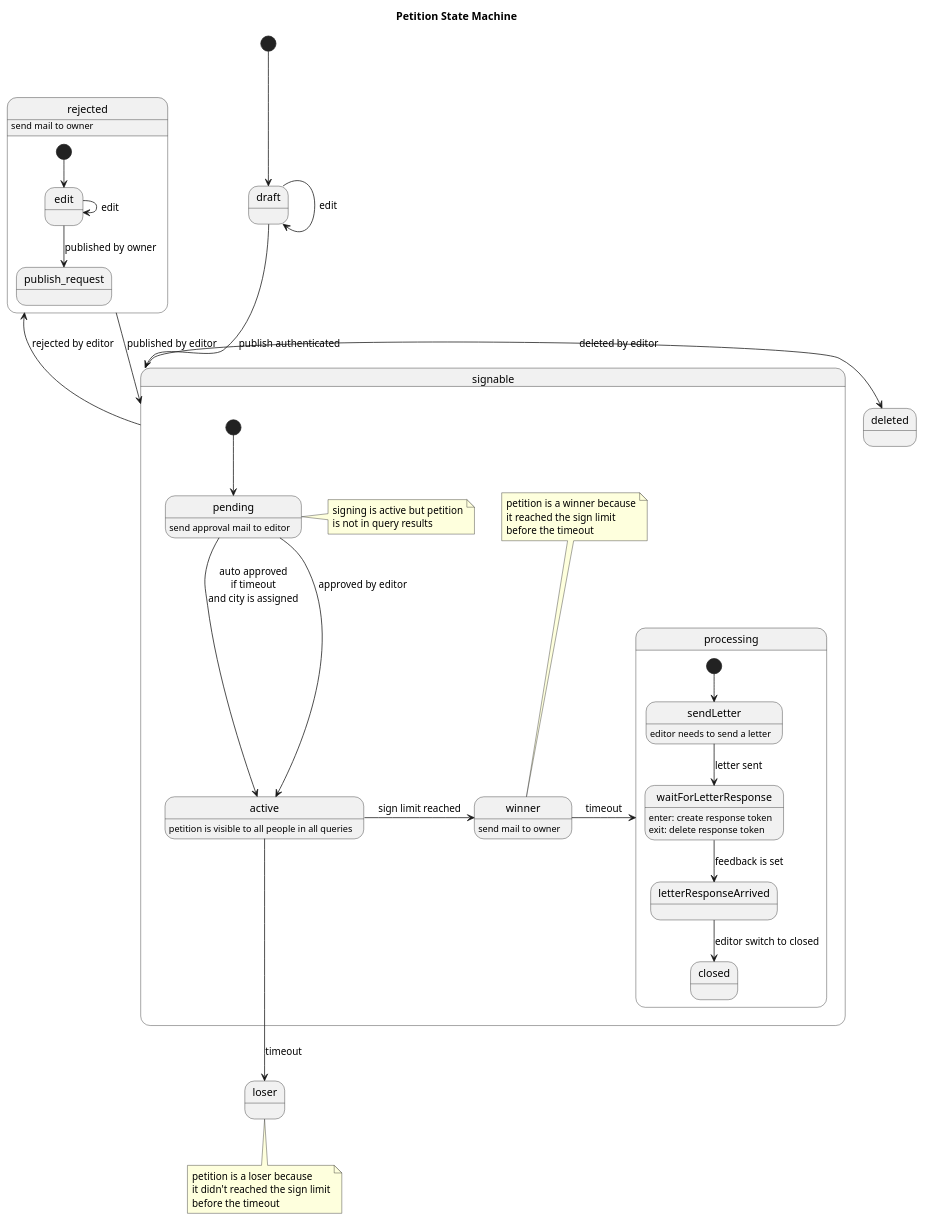
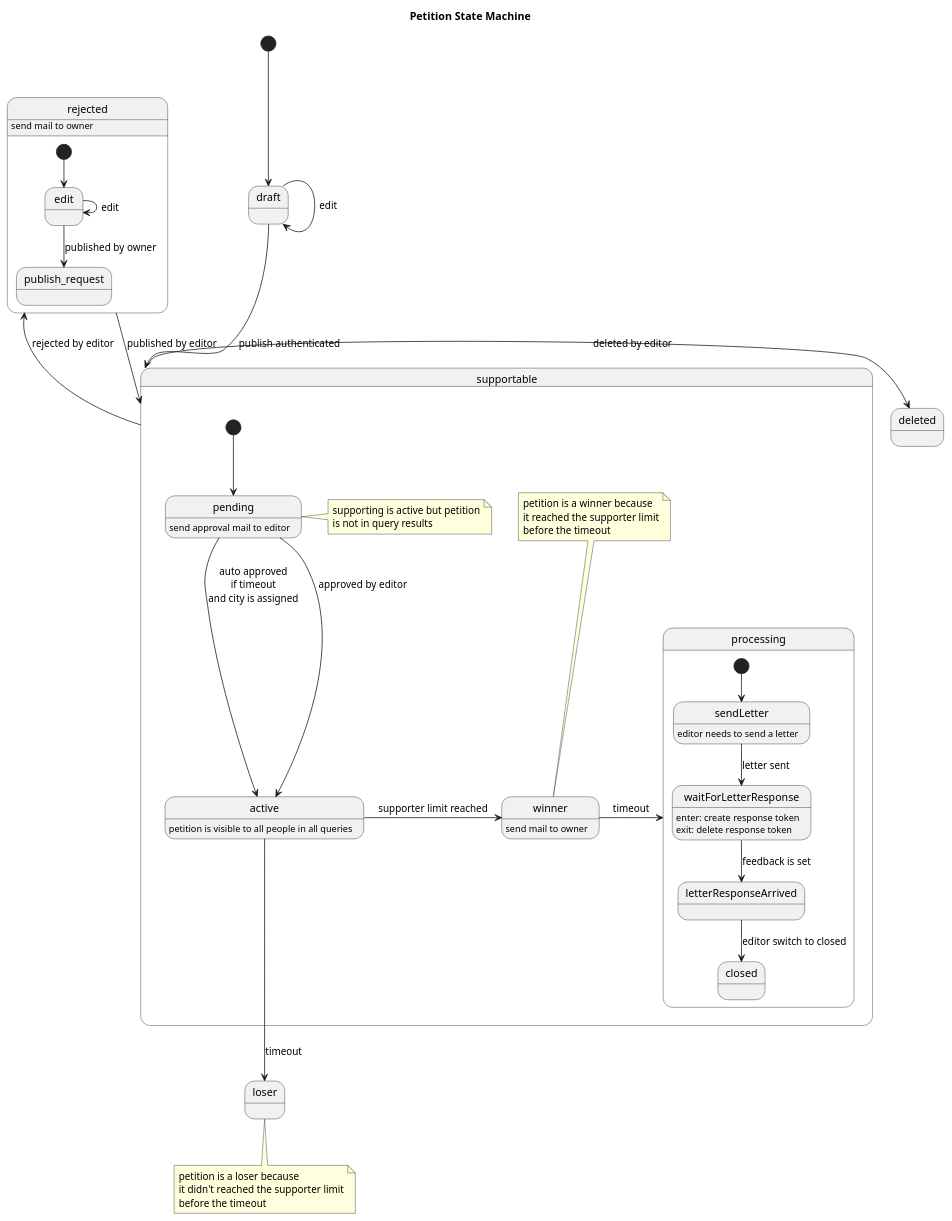
The diagram in docs/petition-management.rst (iris-dni/iris-service), drawn with PlantUML before and after one commit. The commit also changed other lines of this file and 6 other files, not shown here.

```diff
--- a/docs/petition-management.rst
+++ b/docs/petition-management.rst
@@ -20,55 +20,55 @@
 .. uml::
 
     @startuml
 
     Title "Petition State Machine"
 
     [*] --> draft
     draft --> draft : edit
-    draft --> signable : publish authenticated
+    draft --> supportable : publish authenticated
 
-    signable -up-> rejected : rejected by editor
-    signable -> deleted : deleted by editor
+    supportable -up-> rejected : rejected by editor
+    supportable -> deleted : deleted by editor
 
-    rejected --> signable : published by editor
+    rejected --> supportable : published by editor
 
     state rejected {
         [*] --> edit
         edit -> edit : edit
         edit --> publish_request : published by owner
     }
     rejected : send mail to owner
 
     state loser {
     }
-    note bottom of loser : petition is a loser because\nit didn't reached the sign limit\nbefore the timeout
+    note bottom of loser : petition is a loser because\nit didn't reached the supporter limit\nbefore the timeout
 
-    state signable {
+    state supportable {
       [*] --> pending
       pending : send approval mail to editor
-      note right of pending : signing is active but petition\nis not in query results
+      note right of pending : supporting is active but petition\nis not in query results
       pending --> active : approved by editor
       active : petition is visible to all people in all queries
       pending --> active : auto approved\nif timeout\nand city is assigned
       active --> loser : timeout
-      active -right-> winner : sign limit reached
+      active -right-> winner : supporter limit reached
       
       winner : send mail to owner
-      note top of winner : petition is a winner because\nit reached the sign limit\nbefore the timeout
+      note top of winner : petition is a winner because\nit reached the supporter limit\nbefore the timeout
 
       winner -> processing : timeout
     }
 
     state processing {
         [*] --> sendLetter
         sendLetter : editor needs to send a letter
         sendLetter --> waitForLetterResponse : letter sent
         waitForLetterResponse : enter: create response token
         waitForLetterResponse : exit: delete response token
         waitForLetterResponse --> letterResponseArrived : feedback is set
         letterResponseArrived --> closed : editor switch to closed
     }
 
     state closed {
     }
     @enduml
```
